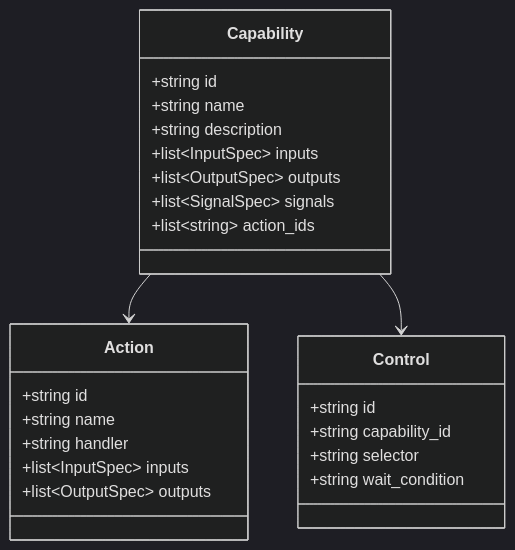
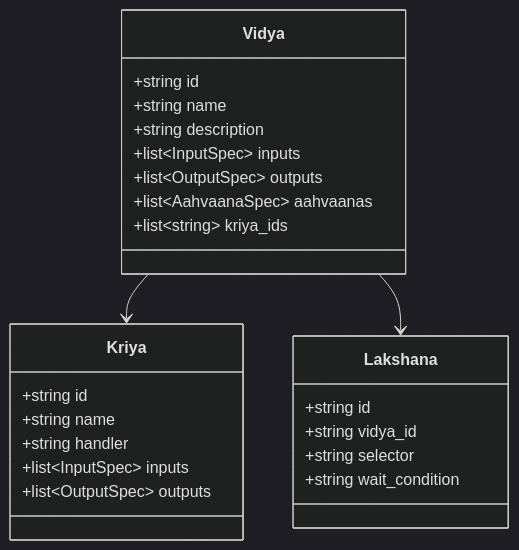
The fifth of 12 diagrams in documentation/src/02-LLD.md (so-weak/Aakaar), drawn with Mermaid (dark theme) before and after one commit. The commit also changed other lines of this file and 56 other files, not shown here.

````diff
--- a/documentation/src/02-LLD.md
+++ b/documentation/src/02-LLD.md
@@ -179,27 +178,27 @@
 ```mermaid
 classDiagram
-  class Capability {
+  class Vidya {
     +string id
     +string name
     +string description
     +list~InputSpec~ inputs
     +list~OutputSpec~ outputs
-    +list~SignalSpec~ signals
-    +list~string~ action_ids
+    +list~AahvaanaSpec~ aahvaanas
+    +list~string~ kriya_ids
   }
-  class Action {
+  class Kriya {
     +string id
     +string name
     +string handler
     +list~InputSpec~ inputs
     +list~OutputSpec~ outputs
   }
-  class Control {
+  class Lakshana {
     +string id
-    +string capability_id
+    +string vidya_id
     +string selector
     +string wait_condition
   }
-  Capability --> Action
-  Capability --> Control
+  Vidya --> Kriya
+  Vidya --> Lakshana
 ```
````
